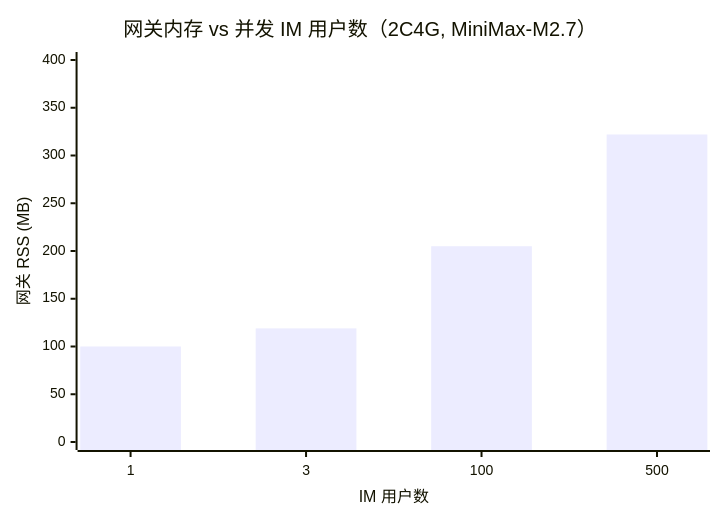
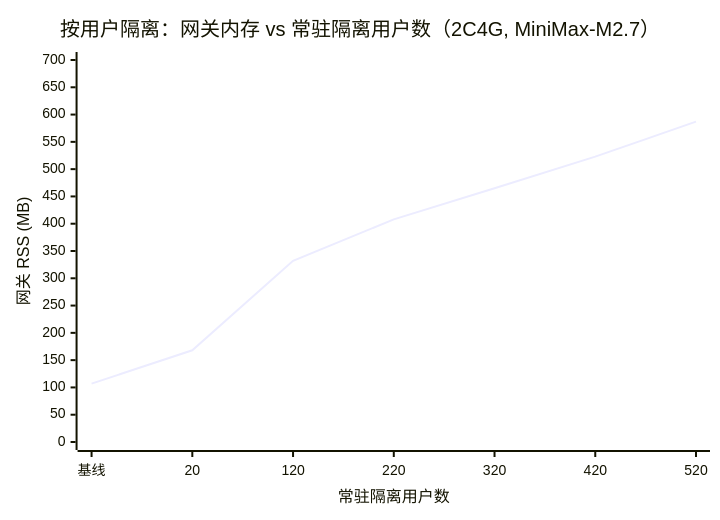
Before and after one commit to chaojixiaoyezi/my-agent: the second of 2 diagrams in docs/benchmarks/2026-10-07-im-tui-resource-capacity.md, drawn with Mermaid. The commit also changed other lines of this file, not shown here.

````diff
--- a/docs/benchmarks/2026-10-07-im-tui-resource-capacity.md
+++ b/docs/benchmarks/2026-10-07-im-tui-resource-capacity.md
@@ -91,7 +103,7 @@
 ```mermaid
 xychart-beta
-    title "网关内存 vs 并发 IM 用户数（2C4G, MiniMax-M2.7）"
-    x-axis "IM 用户数" [1, 3, 100, 500]
-    y-axis "网关 RSS (MB)" 0 --> 400
-    bar [100, 119, 205, 322]
+    title "按用户隔离：网关内存 vs 常驻隔离用户数（2C4G, MiniMax-M2.7）"
+    x-axis "常驻隔离用户数" ["基线", "20", "120", "220", "320", "420", "520"]
+    y-axis "网关 RSS (MB)" 0 --> 700
+    line [107, 168, 332, 408, 465, 523, 587]
 ```
````
